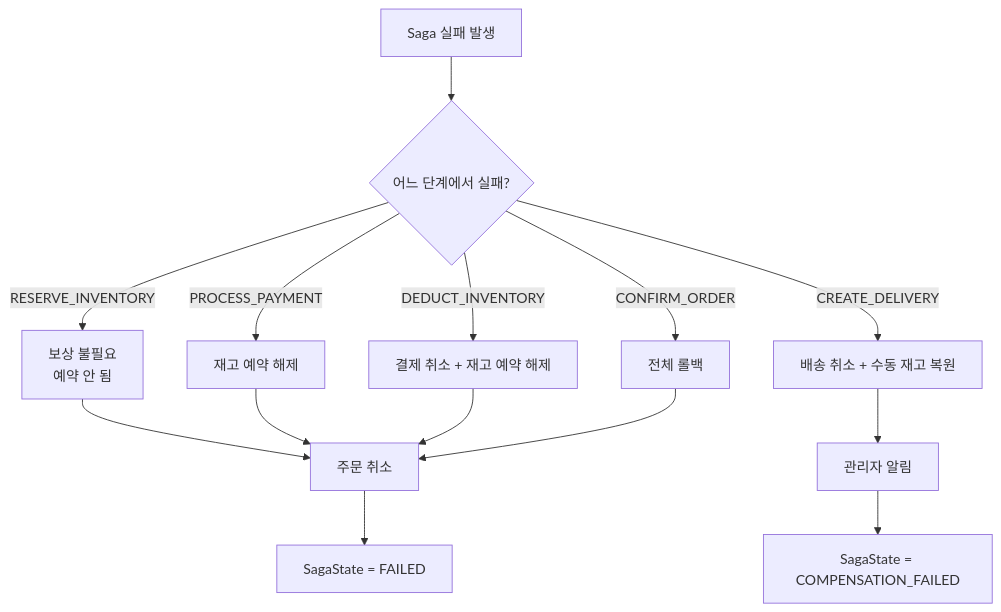
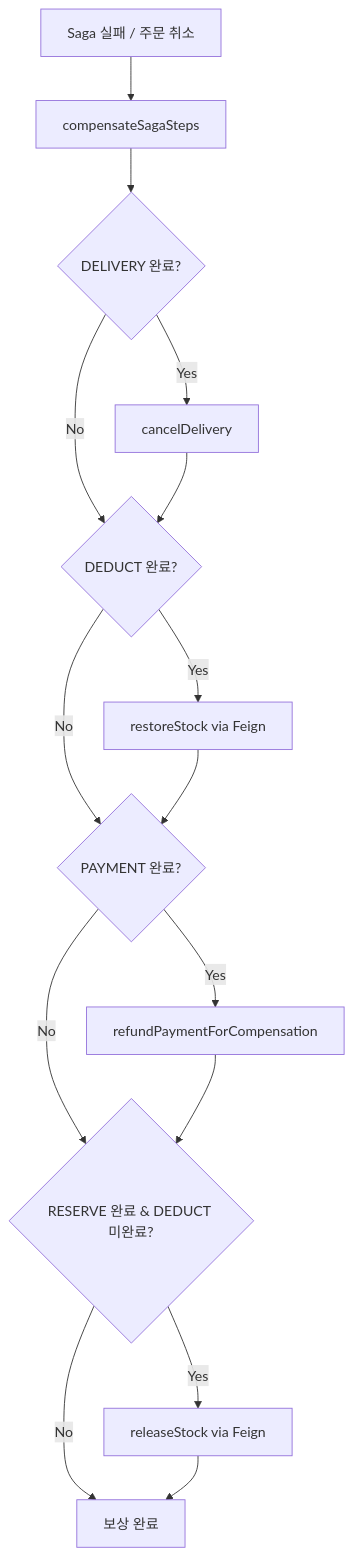
Before and after one commit to L-a-z-e/portal-universe: the fifth of 6 diagrams in docs/architecture/shopping-service/saga-pattern.md, drawn with Mermaid. The commit also changed other lines of this file and 45 other files, not shown here.

First line of the commit message:
fix(shopping): complete saga cross-service compensation and data integrity (ADR-053)

````diff
--- a/docs/architecture/shopping-service/saga-pattern.md
+++ b/docs/architecture/shopping-service/saga-pattern.md
@@ -231,19 +240,22 @@
 ```mermaid
 flowchart TD
-    A[Saga 실패 발생] --> B{어느 단계에서 실패?}
+    A[Saga 실패 / 주문 취소] --> B[compensateSagaSteps]
 
-    B -->|RESERVE_INVENTORY| C[보상 불필요<br/>예약 안 됨]
-    B -->|PROCESS_PAYMENT| D[재고 예약 해제]
-    B -->|DEDUCT_INVENTORY| E[결제 취소 + 재고 예약 해제]
-    B -->|CREATE_DELIVERY| F[배송 취소 + 수동 재고 복원]
-    B -->|CONFIRM_ORDER| G[전체 롤백]
+    B --> C{DELIVERY 완료?}
+    C -->|Yes| D[cancelDelivery]
+    C -->|No| E{DEDUCT 완료?}
 
-    C --> H[주문 취소]
-    D --> H
-    E --> H
-    F --> I[관리자 알림]
-    G --> H
+    D --> E
+    E -->|Yes| F[restoreStock via Feign]
+    E -->|No| G{PAYMENT 완료?}
 
-    H --> J[SagaState = FAILED]
-    I --> K[SagaState = COMPENSATION_FAILED]
+    F --> G
+    G -->|Yes| H[refundPaymentForCompensation]
+    G -->|No| I{RESERVE 완료 & DEDUCT 미완료?}
+
+    H --> I
+    I -->|Yes| J[releaseStock via Feign]
+    I -->|No| K[보상 완료]
+
+    J --> K
 ```
````
